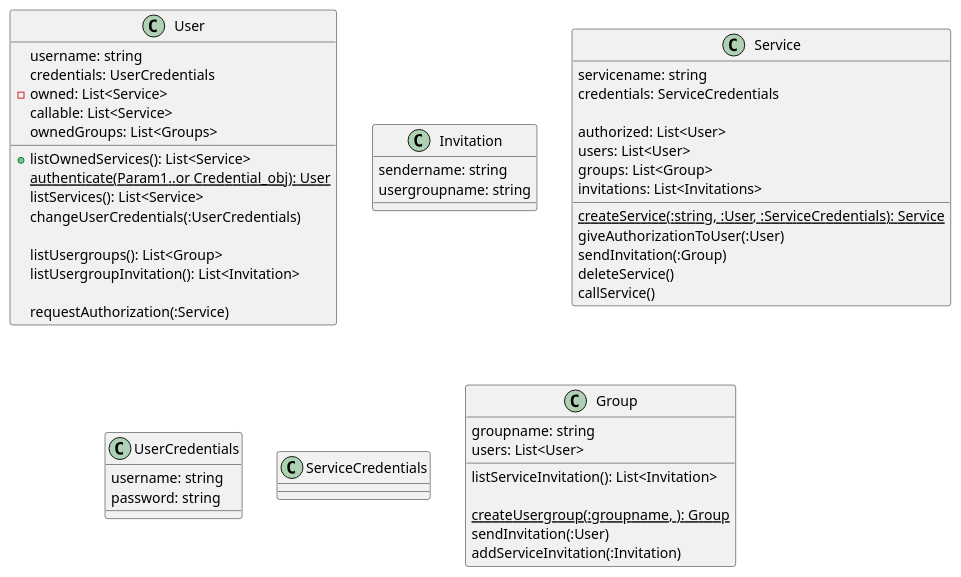
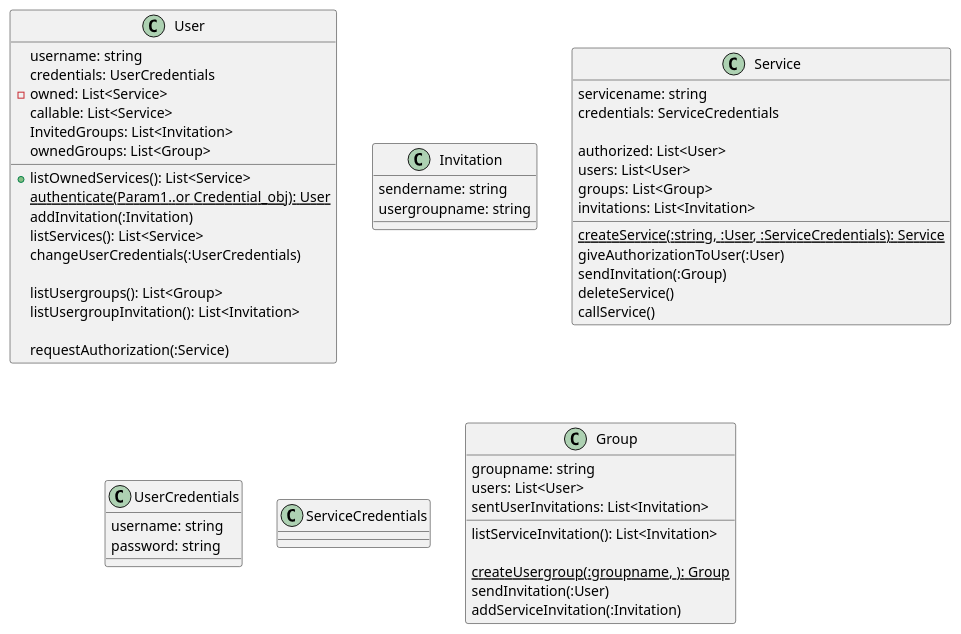
One commit to sesogr/auth-share changed the diagram in doc/architecture.puml. Above: the diagram before and after it, drawn with PlantUML.

Commit message:
update the architecture
missing list attributes

```diff
--- a/doc/architecture.puml
+++ b/doc/architecture.puml
@@ -1,73 +1,75 @@
 @startuml
 
 class User{
 
     username: string
     credentials: UserCredentials
     -owned: List<Service>
     callable: List<Service>
-    ownedGroups: List<Groups>
+    InvitedGroups: List<Invitation>
+    ownedGroups: List<Group>
     
     +listOwnedServices(): List<Service>
     {static}authenticate(Param1..or Credential_obj): User
-    
+    addInvitation(:Invitation)
     listServices(): List<Service>
     changeUserCredentials(:UserCredentials)
 
     listUsergroups(): List<Group>
     listUsergroupInvitation(): List<Invitation>
 
     requestAuthorization(:Service)
 }
 
 class Invitation{
 
     sendername: string
     usergroupname: string
 
 }
 
 class Service{
 
     servicename: string
     credentials: ServiceCredentials
     
     {static}createService(:string, :User, :ServiceCredentials): Service
     authorized: List<User>
     users: List<User>
     groups: List<Group>
-    invitations: List<Invitations>
+    invitations: List<Invitation>
 
     giveAuthorizationToUser(:User)
     sendInvitation(:Group)
     
     deleteService()
     callService()
 
     
 }
 
 class UserCredentials{
 
     username: string
     password: string
     
 }
 
 class ServiceCredentials{
     
     
 
 }
 
 class Group{
     groupname: string
     users: List<User>
+    sentUserInvitations: List<Invitation>
     listServiceInvitation(): List<Invitation>
 
     {static}createUsergroup(:groupname, ): Group
     sendInvitation(:User)
     addServiceInvitation(:Invitation)
 }
 
 @enduml
```
